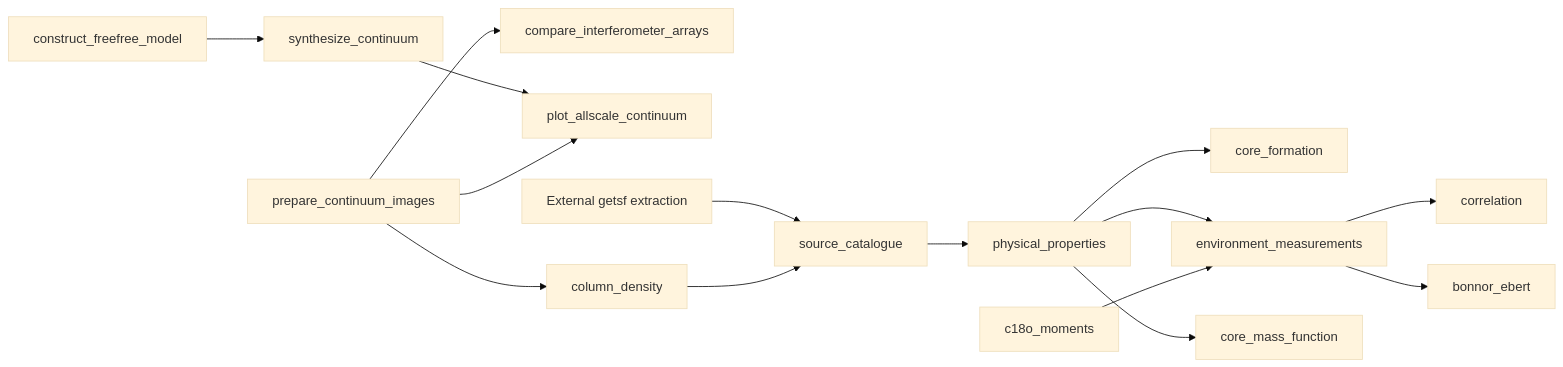
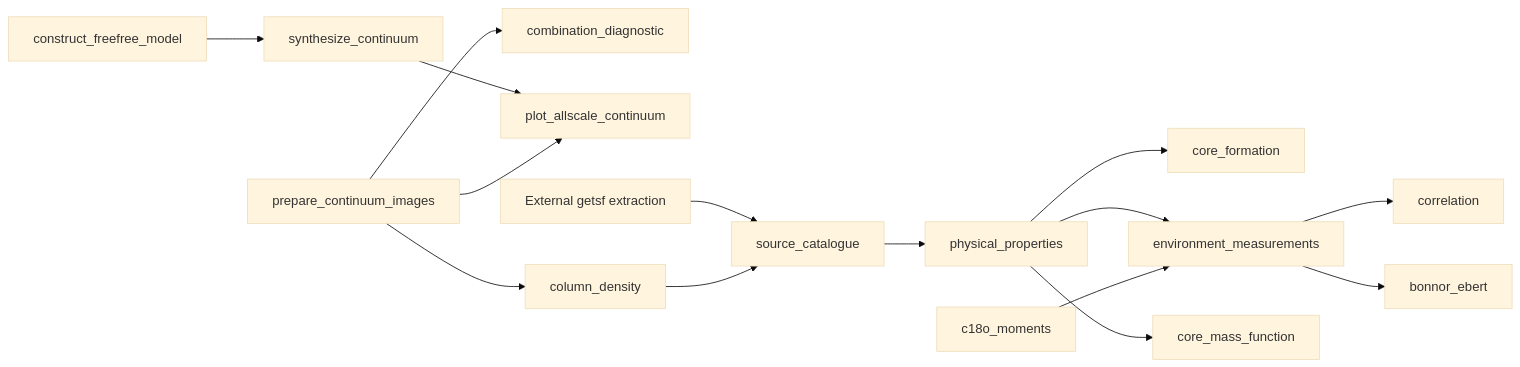
Before and after one commit to XFengwei/LANCET: the diagram in docs/notebook_audit.md, drawn with Mermaid (base theme). The commit also changed other lines of this file and 74 other files, not shown here.

````diff
--- a/docs/notebook_audit.md
+++ b/docs/notebook_audit.md
@@ -59,17 +59,17 @@
 ```mermaid
 flowchart LR
     FF["construct_freefree_model"] --> SYN["synthesize_continuum"]
-    PREP["prepare_continuum_images"] --> ARR["compare_interferometer_arrays"]
+    PREP["prepare_continuum_images"] --> ARR["combination_diagnostic"]
     SYN --> ALL["plot_allscale_continuum"]
     PREP --> ALL
     PREP --> CD["column_density"]
     EXT["External getsf extraction"] --> CAT["source_catalogue"]
     CD --> CAT
     CAT --> PHYS["physical_properties"]
     PHYS --> CORE["core_formation"]
     PHYS --> ENV["environment_measurements"]
     PHYS --> CMF["core_mass_function"]
     MOM["c18o_moments"] --> ENV
     ENV --> CORR["correlation"]
     ENV --> BE["bonnor_ebert"]
 ```
````
